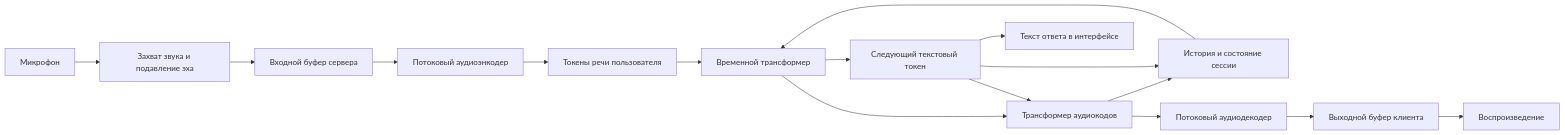
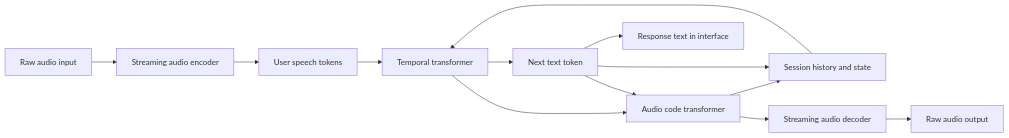
One commit to karl4th/aether-v2 changed the diagram in docs/architecture.md. Above: the diagram before and after it, drawn with Mermaid. The commit also changed other lines of this file and 26 other files, not shown here.

````diff
--- a/docs/architecture.md
+++ b/docs/architecture.md
@@ -38,18 +38,15 @@
 ```mermaid
 flowchart LR
-    MIC[Микрофон] --> CLIENT[Захват звука и подавление эха]
-    CLIENT --> IN[Входной буфер сервера]
-    IN --> ENC[Потоковый аудиоэнкодер]
-    ENC --> USER[Токены речи пользователя]
-    USER --> TEMP[Временной трансформер]
-    STATE[История и состояние сессии] --> TEMP
-    TEMP --> TEXT[Следующий текстовый токен]
-    TEMP --> DEPTH[Трансформер аудиокодов]
+    IN[Raw audio input] --> ENC[Streaming audio encoder]
+    ENC --> USER[User speech tokens]
+    USER --> TEMP[Temporal transformer]
+    STATE[Session history and state] --> TEMP
+    TEMP --> TEXT[Next text token]
+    TEMP --> DEPTH[Audio code transformer]
     TEXT --> DEPTH
-    DEPTH --> DEC[Потоковый аудиодекодер]
-    DEC --> OUT[Выходной буфер клиента]
-    OUT --> SPEAKER[Воспроизведение]
-    TEXT --> UI[Текст ответа в интерфейсе]
+    DEPTH --> DEC[Streaming audio decoder]
+    DEC --> OUT[Raw audio output]
+    TEXT --> UI[Response text in interface]
     DEPTH --> STATE
     TEXT --> STATE
 ```
````
